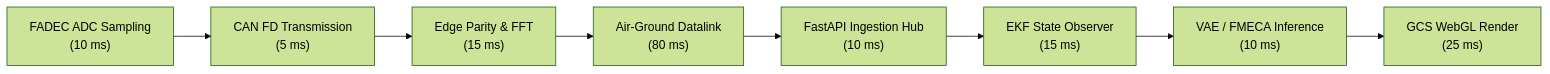
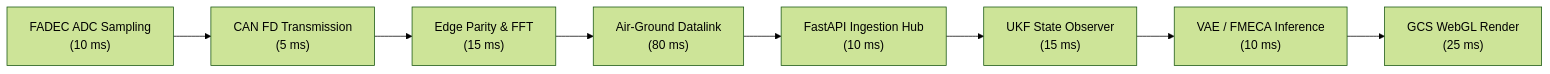
One commit to Aayush-Deshpande/Maverick changed the third of 4 diagrams in docs_site/technical/20-operator-gcs.md. Above: the diagram before and after it, drawn with Mermaid (forest theme). The commit also changed other lines of this file and 9 other files, not shown here.

Commit message:
DOC-05: de-slop and synchronize technical documentation with real 20 Hz multi-physics UKF, SAE J1939 CAN bus, and 3D viewport architecture

````diff
--- a/docs_site/technical/20-operator-gcs.md
+++ b/docs_site/technical/20-operator-gcs.md
@@ -170,10 +182,10 @@
 ```mermaid
 flowchart LR
     A["FADEC ADC Sampling<br/>(10 ms)"] --> B["CAN FD Transmission<br/>(5 ms)"]
     B --> C["Edge Parity & FFT<br/>(15 ms)"]
     C --> D["Air-Ground Datalink<br/>(80 ms)"]
     D --> E["FastAPI Ingestion Hub<br/>(10 ms)"]
-    E --> F["EKF State Observer<br/>(15 ms)"]
+    E --> F["UKF State Observer<br/>(15 ms)"]
     F --> G["VAE / FMECA Inference<br/>(10 ms)"]
     G --> H["GCS WebGL Render<br/>(25 ms)"]
 ```
````
